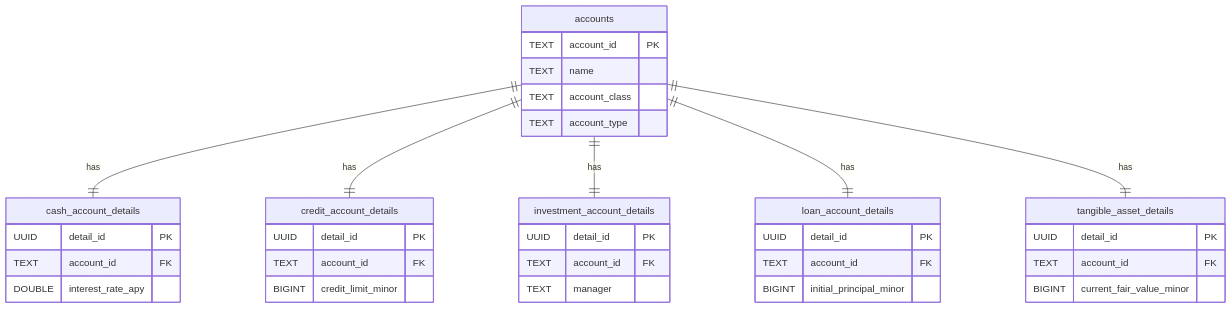
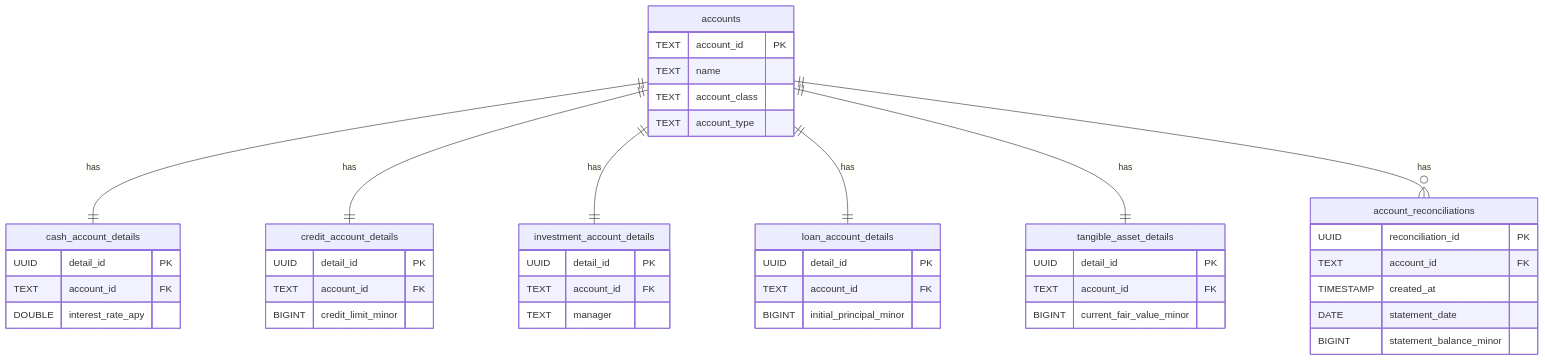
Before and after one commit to blogle/dojo: the diagram in docs/data-model/accounts-service.md, drawn with Mermaid. The commit also changed other lines of this file and 4 other files, not shown here.

````diff
--- a/docs/data-model/accounts-service.md
+++ b/docs/data-model/accounts-service.md
@@ -9,40 +9,48 @@
 ```mermaid
 erDiagram
     accounts {
         TEXT account_id PK
         TEXT name
         TEXT account_class
         TEXT account_type
     }
     cash_account_details {
         UUID detail_id PK
         TEXT account_id FK
         DOUBLE interest_rate_apy
     }
     credit_account_details {
         UUID detail_id PK
         TEXT account_id FK
         BIGINT credit_limit_minor
     }
     investment_account_details {
         UUID detail_id PK
         TEXT account_id FK
         TEXT manager
     }
     loan_account_details {
         UUID detail_id PK
         TEXT account_id FK
         BIGINT initial_principal_minor
     }
     tangible_asset_details {
         UUID detail_id PK
         TEXT account_id FK
         BIGINT current_fair_value_minor
     }
+    account_reconciliations {
+        UUID reconciliation_id PK
+        TEXT account_id FK
+        TIMESTAMP created_at
+        DATE statement_date
+        BIGINT statement_balance_minor
+    }
 
     accounts ||--|| cash_account_details : "has"
     accounts ||--|| credit_account_details : "has"
     accounts ||--|| investment_account_details : "has"
     accounts ||--|| loan_account_details : "has"
     accounts ||--|| tangible_asset_details : "has"
+    accounts ||--o{ account_reconciliations : "has"
 ```
````
